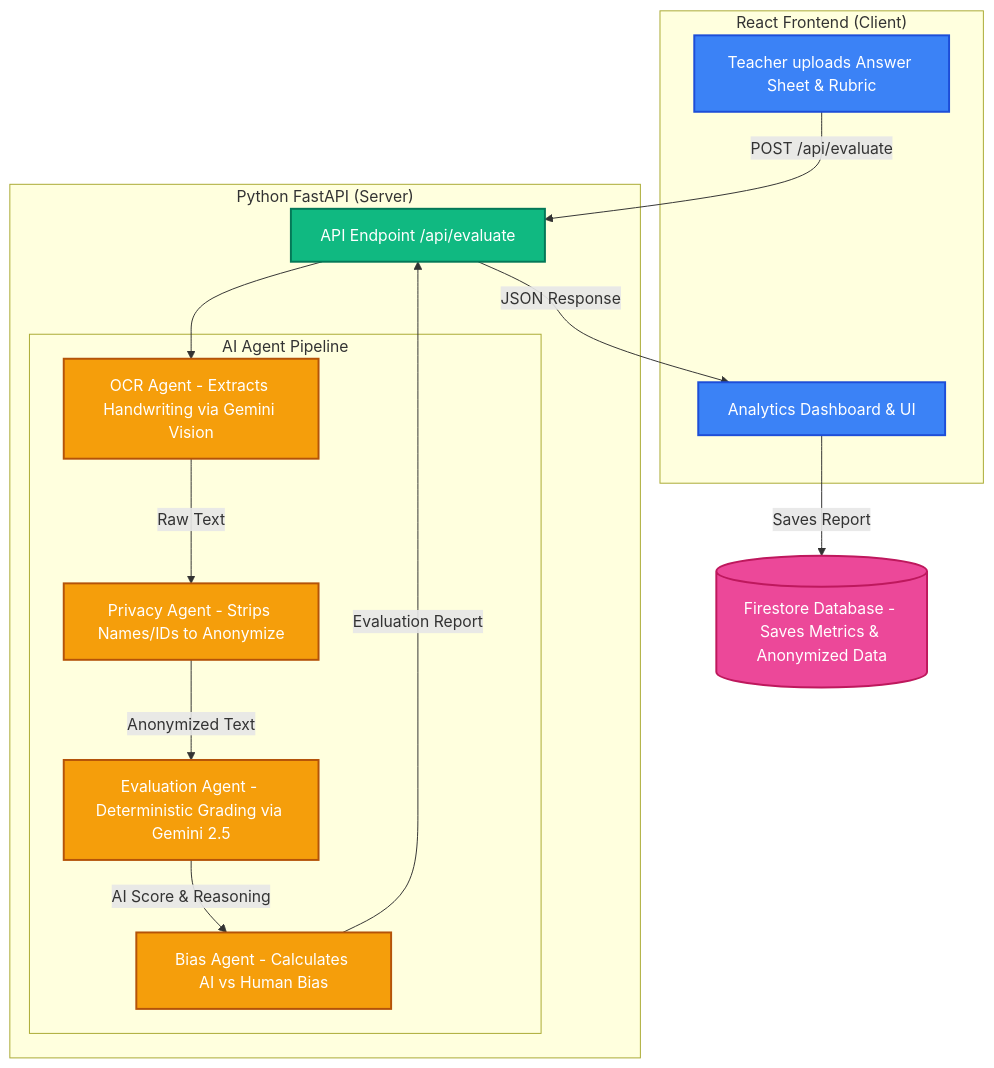
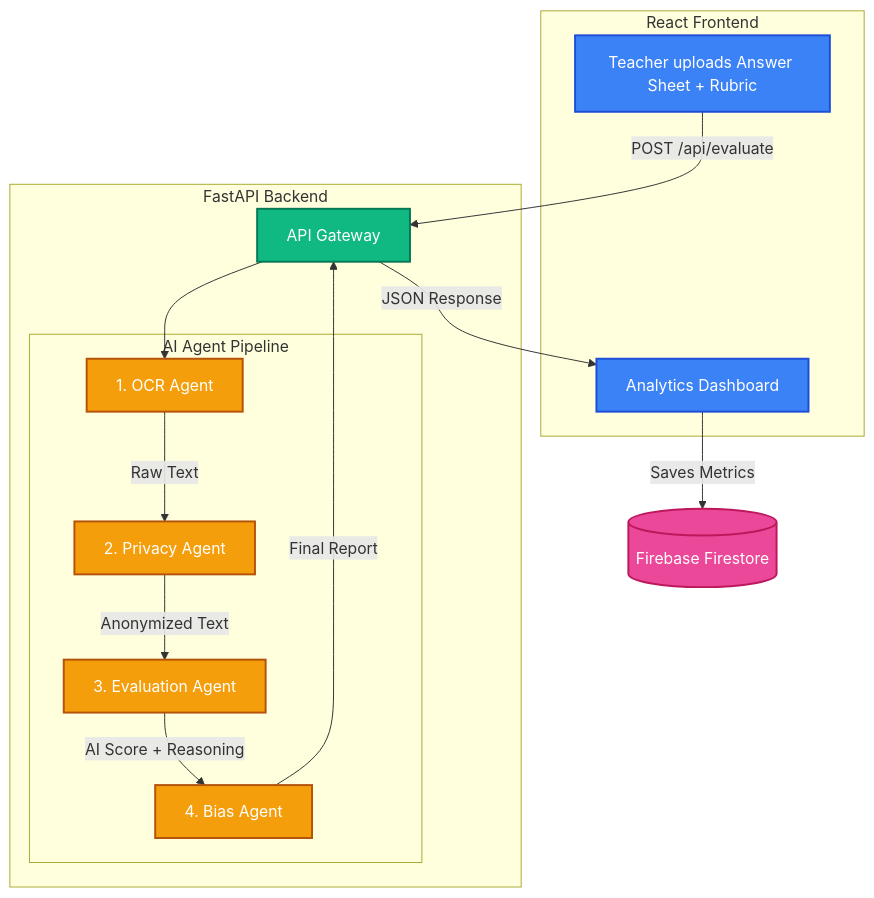
Before and after one commit to Yashasm18/Fair-Grade: the diagram in README.md, drawn with Mermaid. The commit also changed other lines of this file and 1 other file, not shown here.

````diff
--- a/README.md
+++ b/README.md
@@ -29,36 +61,34 @@
 ```mermaid
 graph TD
-    %% Styling
     classDef frontend fill:#3b82f6,stroke:#1d4ed8,stroke-width:2px,color:#fff;
     classDef backend fill:#10b981,stroke:#047857,stroke-width:2px,color:#fff;
     classDef agents fill:#f59e0b,stroke:#b45309,stroke-width:2px,color:#fff;
     classDef database fill:#ec4899,stroke:#be185d,stroke-width:2px,color:#fff;
 
-    subgraph "React Frontend (Client)"
-        A[Teacher uploads Answer Sheet & Rubric]:::frontend
-        B[Analytics Dashboard & UI]:::frontend
+    subgraph "React Frontend"
+        A["Teacher uploads Answer Sheet + Rubric"]:::frontend
+        B["Analytics Dashboard"]:::frontend
     end
 
-    subgraph "Python FastAPI (Server)"
-        C[API Endpoint /api/evaluate]:::backend
-        
+    subgraph "FastAPI Backend"
+        C["API Gateway"]:::backend
+
         subgraph "AI Agent Pipeline"
-            D["OCR Agent - Extracts Handwriting via Gemini Vision"]:::agents
-            E["Privacy Agent - Strips Names/IDs to Anonymize"]:::agents
-            F["Evaluation Agent - Deterministic Grading via Gemini 2.5"]:::agents
-            G["Bias Agent - Calculates AI vs Human Bias"]:::agents
+            D["1. OCR Agent"]:::agents
+            E["2. Privacy Agent"]:::agents
+            F["3. Evaluation Agent"]:::agents
+            G["4. Bias Agent"]:::agents
         end
     end
 
-    H[("Firestore Database - Saves Metrics & Anonymized Data")]:::database
+    H[("Firebase Firestore")]:::database
 
-    %% Connections
     A -- "POST /api/evaluate" --> C
     C --> D
     D -- "Raw Text" --> E
     E -- "Anonymized Text" --> F
-    F -- "AI Score & Reasoning" --> G
-    G -- "Evaluation Report" --> C
+    F -- "AI Score + Reasoning" --> G
+    G -- "Final Report" --> C
     C -- "JSON Response" --> B
-    B -- "Saves Report" --> H
+    B -- "Saves Metrics" --> H
 ```
````
